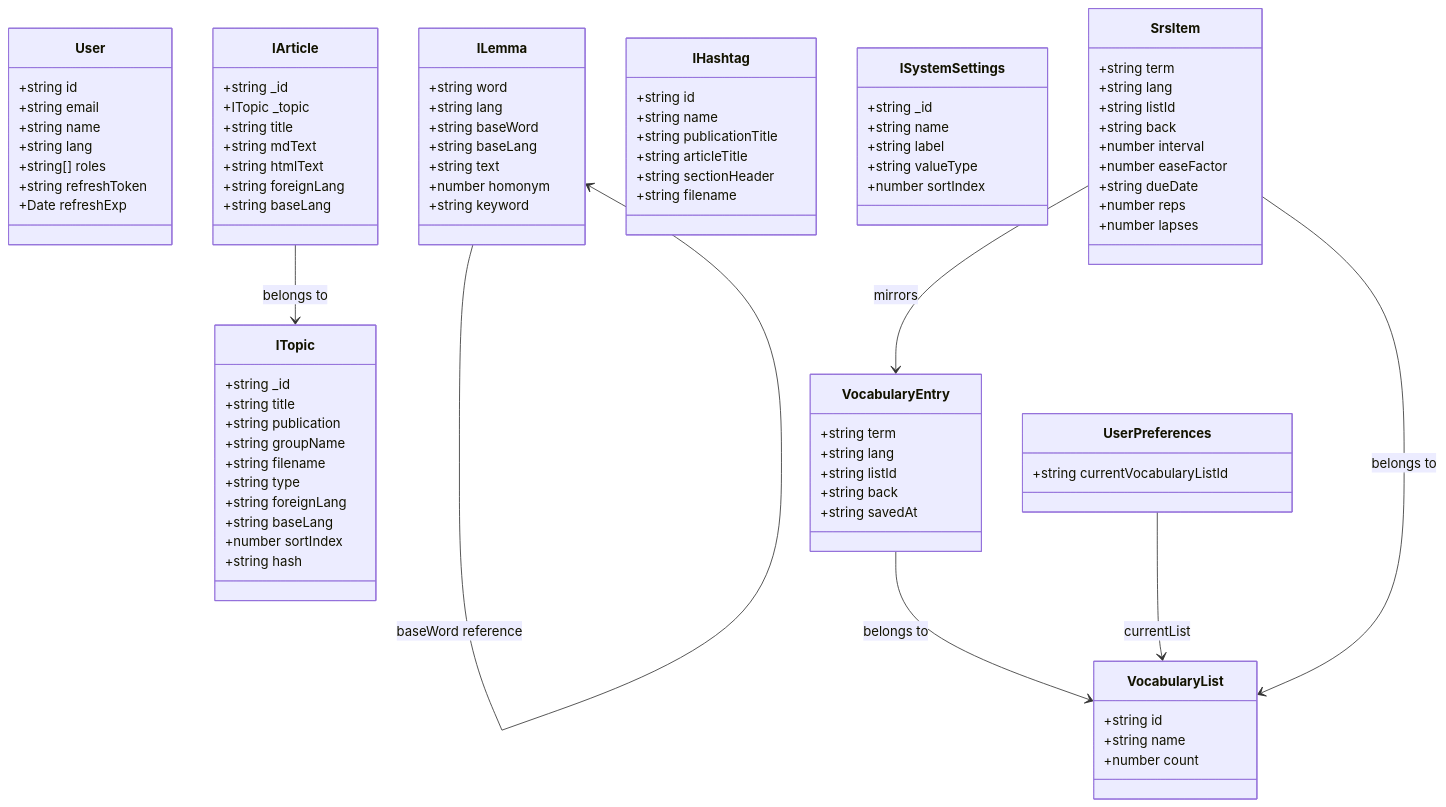
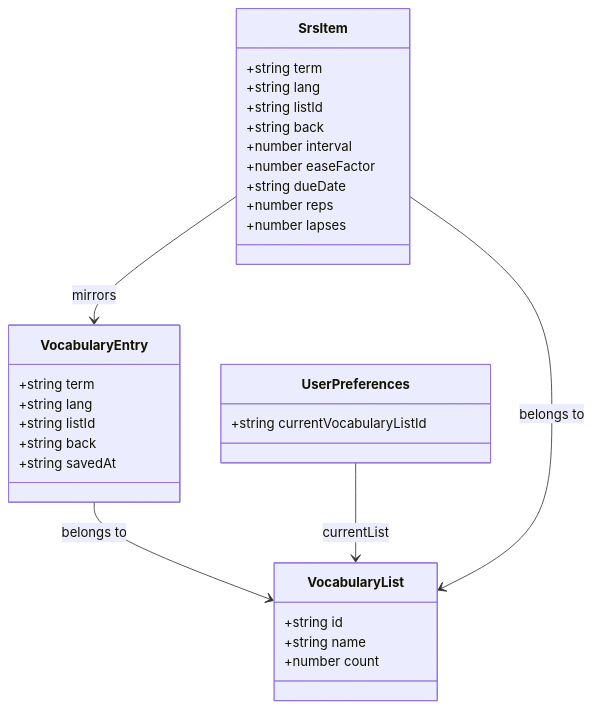
Diagram 16 of 17 in apps/taalwiz-web/ARCHITECTURE.md (remarcmij/taalwiz-mono), drawn with Mermaid before and after one commit.

Commit message:
docs: split state and data model diagrams into focused sub-diagrams

````diff
--- a/apps/taalwiz-web/ARCHITECTURE.md
+++ b/apps/taalwiz-web/ARCHITECTURE.md
@@ -419,63 +514,9 @@
 ```mermaid
 classDiagram
-    class User {
-        +string id
-        +string email
-        +string name
-        +string lang
-        +string[] roles
-        +string refreshToken
-        +Date refreshExp
-    }
-
-    class ITopic {
-        +string _id
-        +string title
-        +string publication
-        +string groupName
-        +string filename
-        +string type
-        +string foreignLang
-        +string baseLang
-        +number sortIndex
-        +string hash
-    }
-
-    class IArticle {
-        +string _id
-        +ITopic _topic
-        +string title
-        +string mdText
-        +string htmlText
-        +string foreignLang
-        +string baseLang
-    }
-
-    class ILemma {
-        +string word
-        +string lang
-        +string baseWord
-        +string baseLang
-        +string text
-        +number homonym
-        +string keyword
-    }
-
-    class IHashtag {
+    class VocabularyList {
         +string id
         +string name
-        +string publicationTitle
-        +string articleTitle
-        +string sectionHeader
-        +string filename
-    }
-
-    class ISystemSettings {
-        +string _id
-        +string name
-        +string label
-        +string valueType
-        +number sortIndex
+        +number count
     }
 
     class VocabularyEntry {
@@ -484,12 +525,6 @@
         +string listId
         +string back
         +string savedAt
-    }
-
-    class VocabularyList {
-        +string id
-        +string name
-        +number count
     }
 
     class UserPreferences {
@@ -508,8 +543,6 @@
         +number lapses
     }
 
-    IArticle --> ITopic : belongs to
-    ILemma --> ILemma : baseWord reference
     VocabularyEntry --> VocabularyList : belongs to
     UserPreferences --> VocabularyList : currentList
     SrsItem --> VocabularyList : belongs to
````
